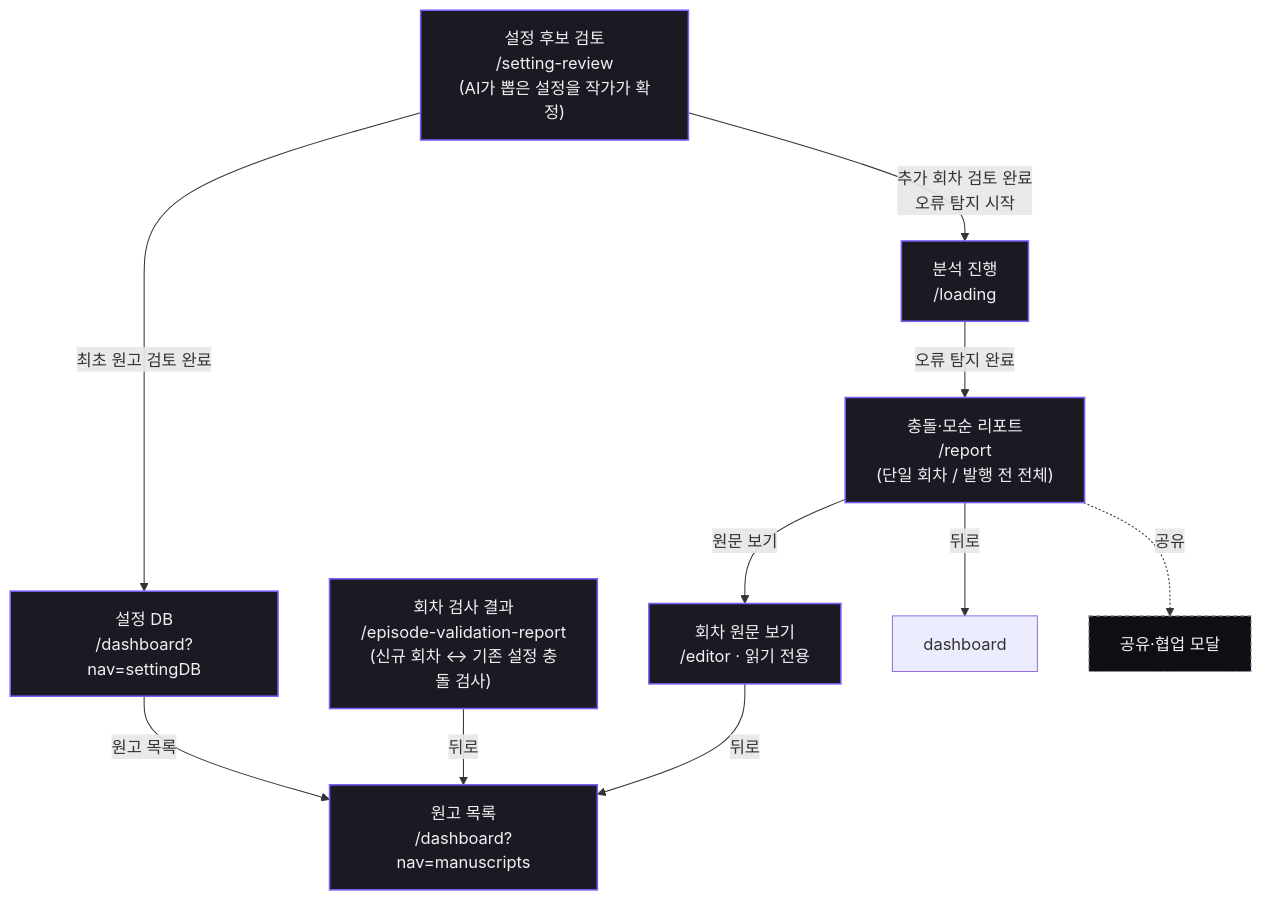
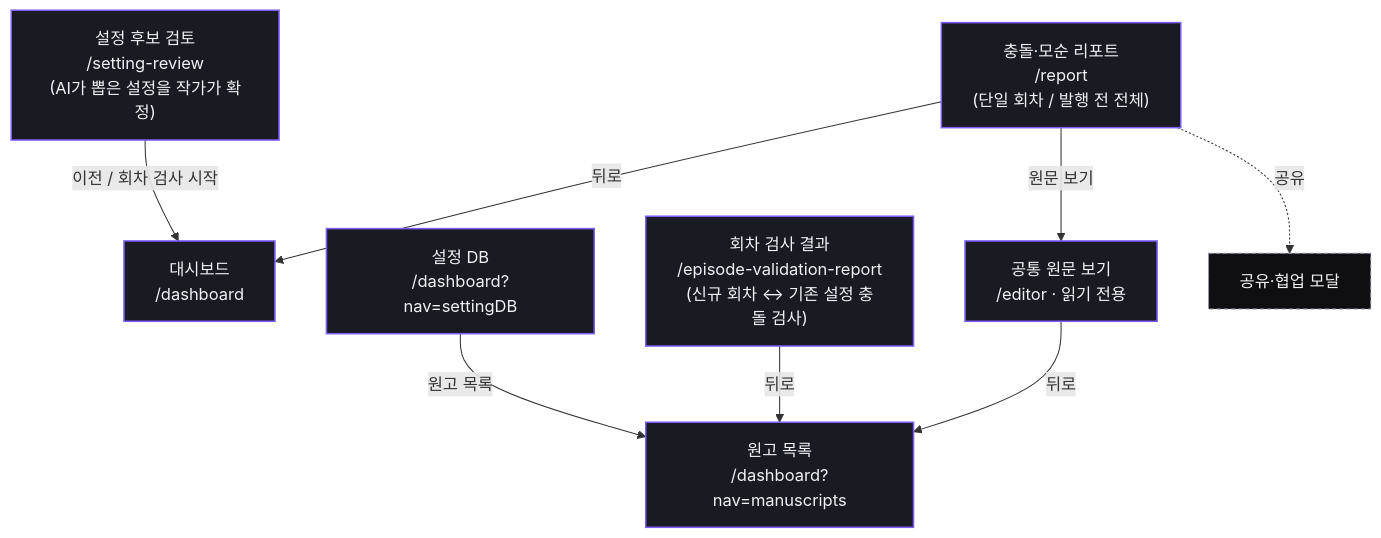
One commit to catchhole-soma/catchhole-front changed the seventh of 7 diagrams in docs/screen-flow.md. Above: the diagram before and after it, drawn with Mermaid. The commit also changed other lines of this file and 2 other files, not shown here.

````diff
--- a/docs/screen-flow.md
+++ b/docs/screen-flow.md
@@ -351,22 +343,20 @@
 ```mermaid
 flowchart TD
   review["설정 후보 검토<br/>/setting-review<br/>(AI가 뽑은 설정을 작가가 확정)"]:::private
-  review -- "최초 원고 검토 완료" --> settingDB
-  review -- "추가 회차 검토 완료<br/>오류 탐지 시작" --> loading["분석 진행<br/>/loading"]:::private
-  loading -- "오류 탐지 완료" --> report
+  review -- "이전 / 회차 검사 시작" --> dashboard["대시보드<br/>/dashboard"]:::private
 
   settingDB["설정 DB<br/>/dashboard?nav=settingDB"]:::private
   settingDB -- "원고 목록" --> manuscripts["원고 목록<br/>/dashboard?nav=manuscripts"]:::private
 
   valreport["회차 검사 결과<br/>/episode-validation-report<br/>(신규 회차 ↔ 기존 설정 충돌 검사)"]:::private
   valreport -- "뒤로" --> manuscripts
 
   report["충돌·모순 리포트<br/>/report<br/>(단일 회차 / 발행 전 전체)"]:::private
-  report -- "원문 보기" --> source["회차 원문 보기<br/>/editor · 읽기 전용"]:::private
+  report -- "원문 보기" --> source["공통 원문 보기<br/>/editor · 읽기 전용"]:::private
   source -- "뒤로" --> manuscripts
   report -- "뒤로" --> dashboard
   report -. "공유" .-> share["공유·협업 모달"]:::modal
 
   classDef private fill:#1A1A22,stroke:#7C5CFC,stroke-width:1.5px,color:#F0F0F5;
   classDef modal fill:#0F0F13,stroke:#9090A8,stroke-dasharray:4 3,color:#F0F0F5;
 ```
````
